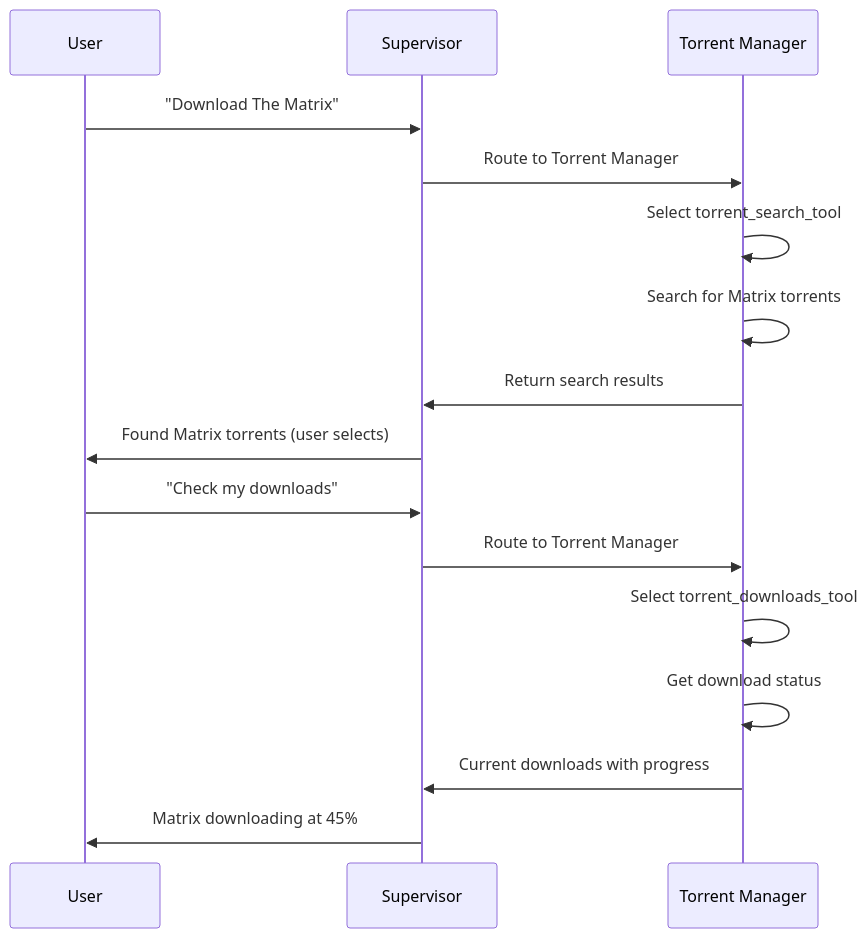
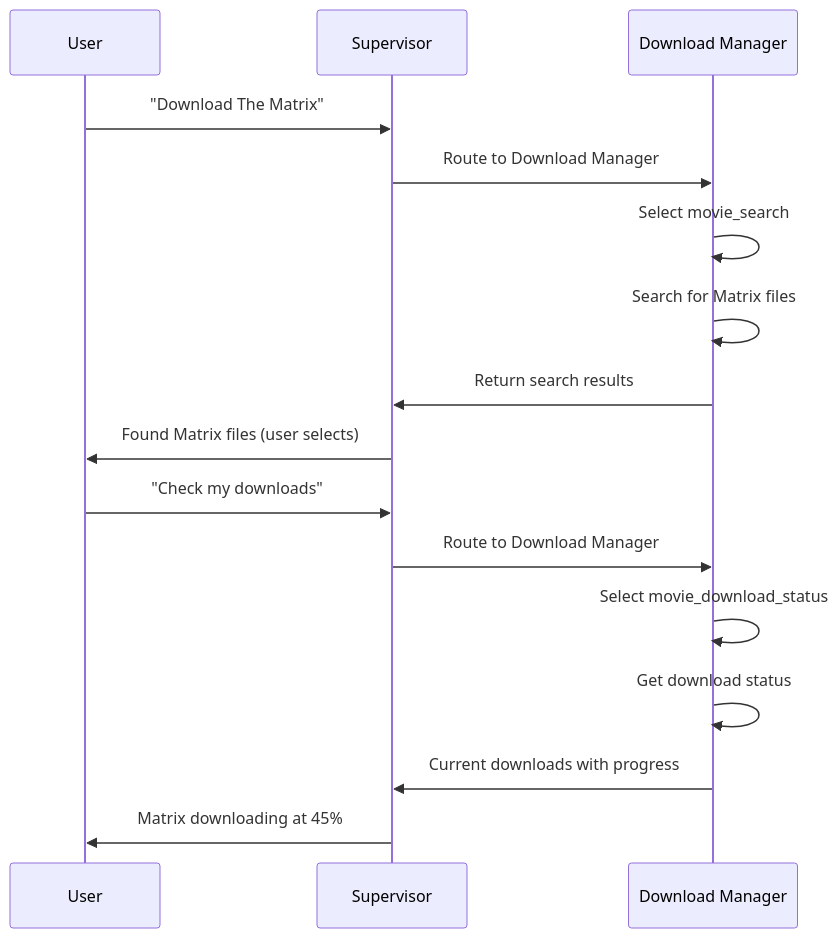
Before and after one commit to elisarchod/turtle_app: the third of 4 diagrams in README.md, drawn with Mermaid. The commit also changed other lines of this file and 24 other files, not shown here.

````diff
--- a/README.md
+++ b/README.md
@@ -164,18 +197,18 @@
 ```mermaid
 sequenceDiagram
   participant U as User
   participant S as Supervisor
-  participant TM as Torrent Manager
+  participant DM as Download Manager
   U ->> S: "Download The Matrix"
-  S ->> TM: Route to Torrent Manager
-  TM ->> TM: Select torrent_search_tool
-  TM ->> TM: Search for Matrix torrents
-  TM ->> S: Return search results
-  S ->> U: Found Matrix torrents (user selects)
+  S ->> DM: Route to Download Manager
+  DM ->> DM: Select movie_search
+  DM ->> DM: Search for Matrix files
+  DM ->> S: Return search results
+  S ->> U: Found Matrix files (user selects)
   U ->> S: "Check my downloads"
-  S ->> TM: Route to Torrent Manager
-  TM ->> TM: Select torrent_downloads_tool
-  TM ->> TM: Get download status
-  TM ->> S: Current downloads with progress
+  S ->> DM: Route to Download Manager
+  DM ->> DM: Select movie_download_status
+  DM ->> DM: Get download status
+  DM ->> S: Current downloads with progress
   S ->> U: Matrix downloading at 45%
 ```
````
